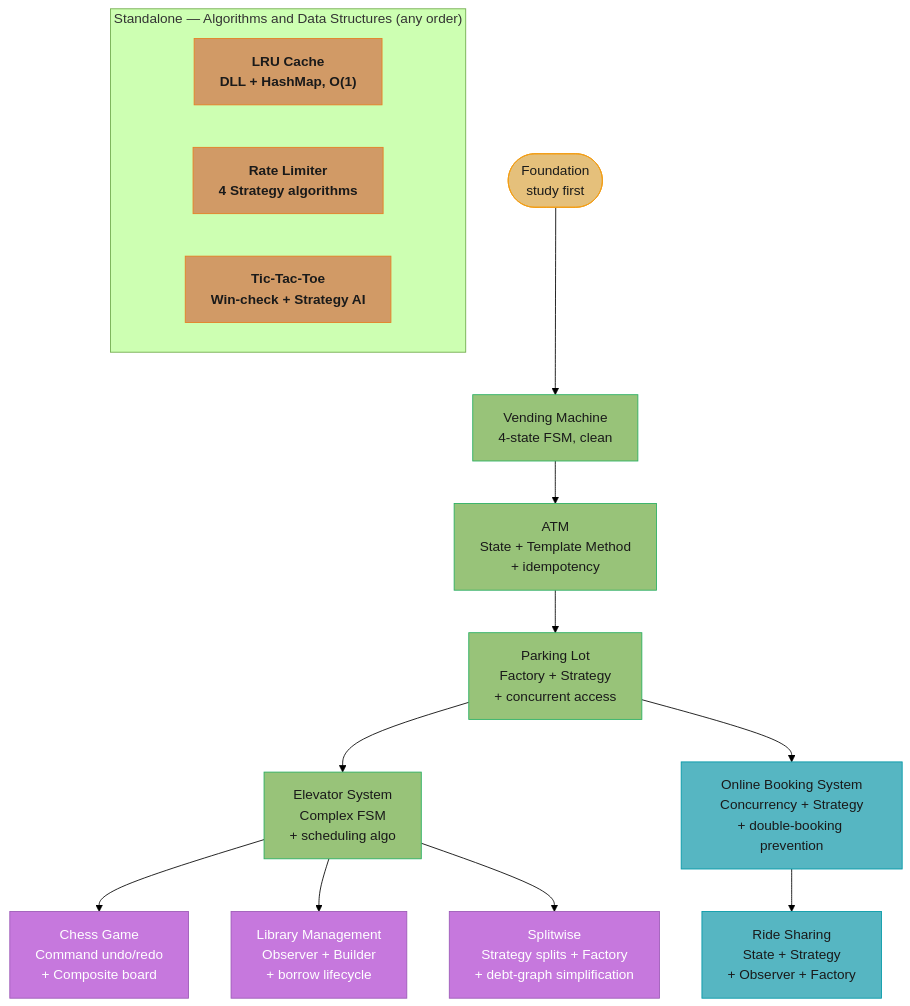
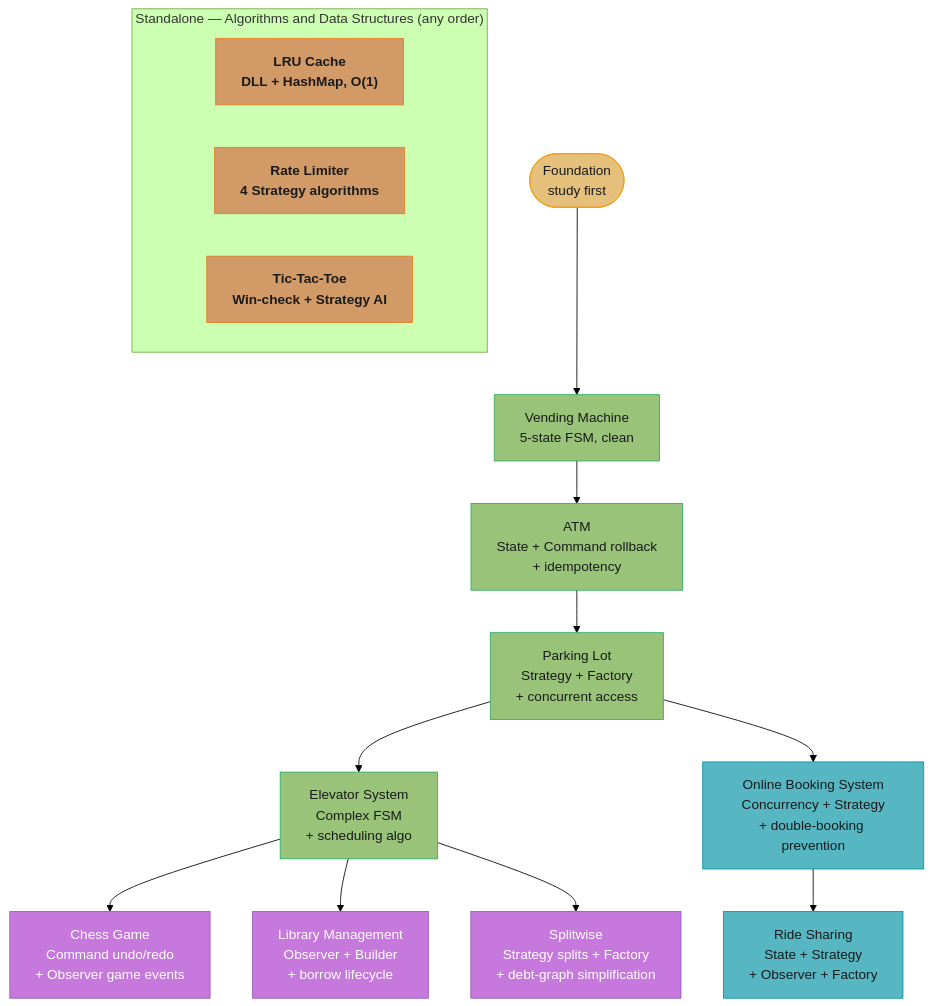
Before and after one commit to rppol/system-design: the first of 2 diagrams in src/main/java/com/rutik/systemdesign/lld/case_studies/README.md, drawn with Mermaid (forest theme). The commit also changed other lines of this file and 6 other files, not shown here.

````diff
--- a/src/main/java/com/rutik/systemdesign/lld/case_studies/README.md
+++ b/src/main/java/com/rutik/systemdesign/lld/case_studies/README.md
@@ -89,32 +97,32 @@
 ```mermaid
 flowchart TD
     classDef io      fill:#61afef,stroke:#2e86c1,color:#1a1a1a,font-weight:bold
     classDef frozen  fill:#c678dd,stroke:#9b59b6,color:#fff
     classDef train   fill:#98c379,stroke:#27ae60,color:#1a1a1a
     classDef mathOp  fill:#d19a66,stroke:#e67e22,color:#1a1a1a,font-weight:bold
     classDef lossN   fill:#e06c75,stroke:#c0392b,color:#fff,font-weight:bold
     classDef req     fill:#56b6c2,stroke:#0097a7,color:#1a1a1a
     classDef base    fill:#e5c07b,stroke:#f39c12,color:#1a1a1a
 
-    F(["Foundation<br/>study first"]) --> VM["Vending Machine<br/>4-state FSM, clean"]
-    VM --> ATM["ATM<br/>State + Template Method<br/>+ idempotency"]
-    ATM --> PL["Parking Lot<br/>Factory + Strategy<br/>+ concurrent access"]
+    F(["Foundation<br/>study first"]) --> VM["Vending Machine<br/>5-state FSM, clean"]
+    VM --> ATM["ATM<br/>State + Command rollback<br/>+ idempotency"]
+    ATM --> PL["Parking Lot<br/>Strategy + Factory<br/>+ concurrent access"]
     PL --> ES["Elevator System<br/>Complex FSM<br/>+ scheduling algo"]
     PL --> OBS["Online Booking System<br/>Concurrency + Strategy<br/>+ double-booking prevention"]
     OBS --> RS["Ride Sharing<br/>State + Strategy<br/>+ Observer + Factory"]
-    ES --> CG["Chess Game<br/>Command undo/redo<br/>+ Composite board"]
+    ES --> CG["Chess Game<br/>Command undo/redo<br/>+ Observer game events"]
     ES --> LM["Library Management<br/>Observer + Builder<br/>+ borrow lifecycle"]
     ES --> SW["Splitwise<br/>Strategy splits + Factory<br/>+ debt-graph simplification"]
 
     subgraph SA["Standalone — Algorithms and Data Structures (any order)"]
         LRU["LRU Cache<br/>DLL + HashMap, O(1)"]
         RL["Rate Limiter<br/>4 Strategy algorithms"]
         TTT["Tic-Tac-Toe<br/>Win-check + Strategy AI"]
     end
 
     class F base
     class VM,ATM,PL,ES train
     class OBS,RS req
     class CG,LM,SW frozen
     class LRU,RL,TTT mathOp
 ```
````
